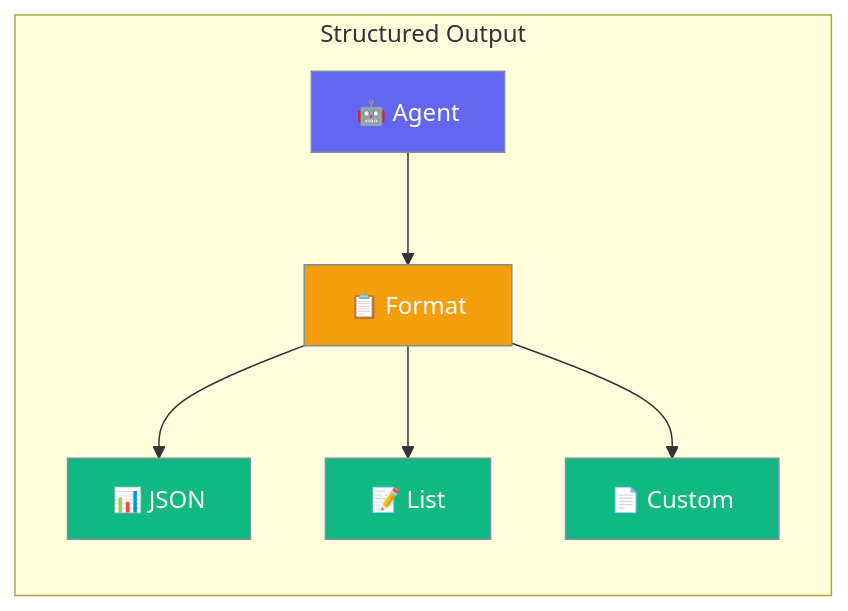
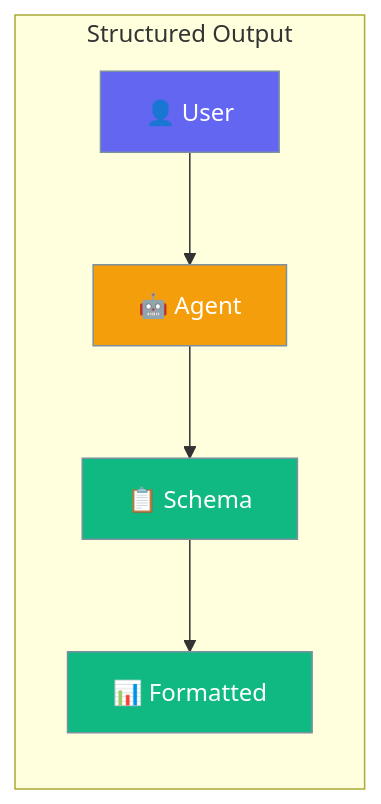
Before and after one commit to MervinPraison/PraisonAIDocs: the first of 2 diagrams in docs/js/output.mdx, drawn with Mermaid. The commit also changed other lines of this file and 30 other files, not shown here.

````diff
--- a/docs/js/output.mdx
+++ b/docs/js/output.mdx
@@ -10,17 +10,16 @@
 ```mermaid
 graph LR
     subgraph "Structured Output"
-        A[🤖 Agent] --> B[📋 Format]
-        B --> C[📊 JSON]
-        B --> D[📝 List]
-        B --> E[📄 Custom]
+        A[👤 User] --> B[🤖 Agent]
+        B --> C[📋 Schema]
+        C --> D[📊 Formatted]
     end
     
-    classDef agent fill:#6366F1,stroke:#7C90A0,color:#fff
-    classDef format fill:#F59E0B,stroke:#7C90A0,color:#fff
+    classDef user fill:#6366F1,stroke:#7C90A0,color:#fff
+    classDef agent fill:#F59E0B,stroke:#7C90A0,color:#fff
     classDef output fill:#10B981,stroke:#7C90A0,color:#fff
     
-    class A agent
-    class B format
-    class C,D,E output
+    class A user
+    class B agent
+    class C,D output
 ```
````
